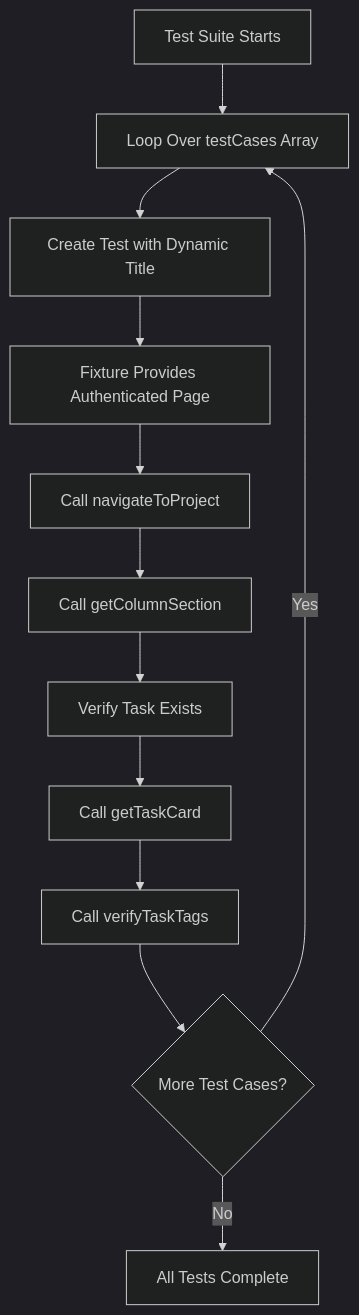
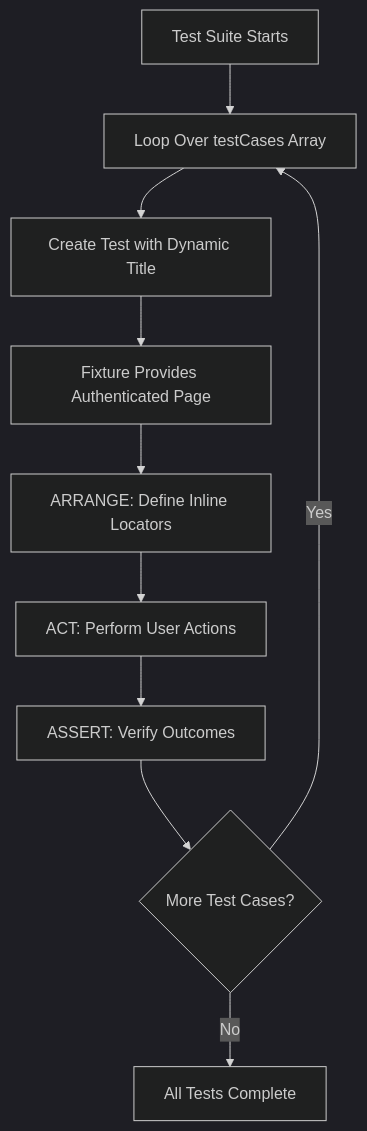
Before and after one commit to steven-the-qa/loopqa-tech-eval: the first of 2 diagrams in ARCHITECTURE_v2.md, drawn with Mermaid (dark theme). The commit also changed other lines of this file and 6 other files, not shown here.

````diff
--- a/ARCHITECTURE_v2.md
+++ b/ARCHITECTURE_v2.md
@@ -92,14 +113,12 @@
 ```mermaid
 flowchart TD
     A[Test Suite Starts] --> B[Loop Over testCases Array]
     B --> C[Create Test with Dynamic Title]
     C --> D[Fixture Provides Authenticated Page]
-    D --> E[Call navigateToProject]
-    E --> F[Call getColumnSection]
-    F --> G[Verify Task Exists]
-    G --> H[Call getTaskCard]
-    H --> I[Call verifyTaskTags]
-    I --> J{More Test Cases?}
-    J -->|Yes| B
-    J -->|No| K[All Tests Complete]
+    D --> E[ARRANGE: Define Inline Locators]
+    E --> F[ACT: Perform User Actions]
+    F --> G[ASSERT: Verify Outcomes]
+    G --> H{More Test Cases?}
+    H -->|Yes| B
+    H -->|No| I[All Tests Complete]
 ```
````
